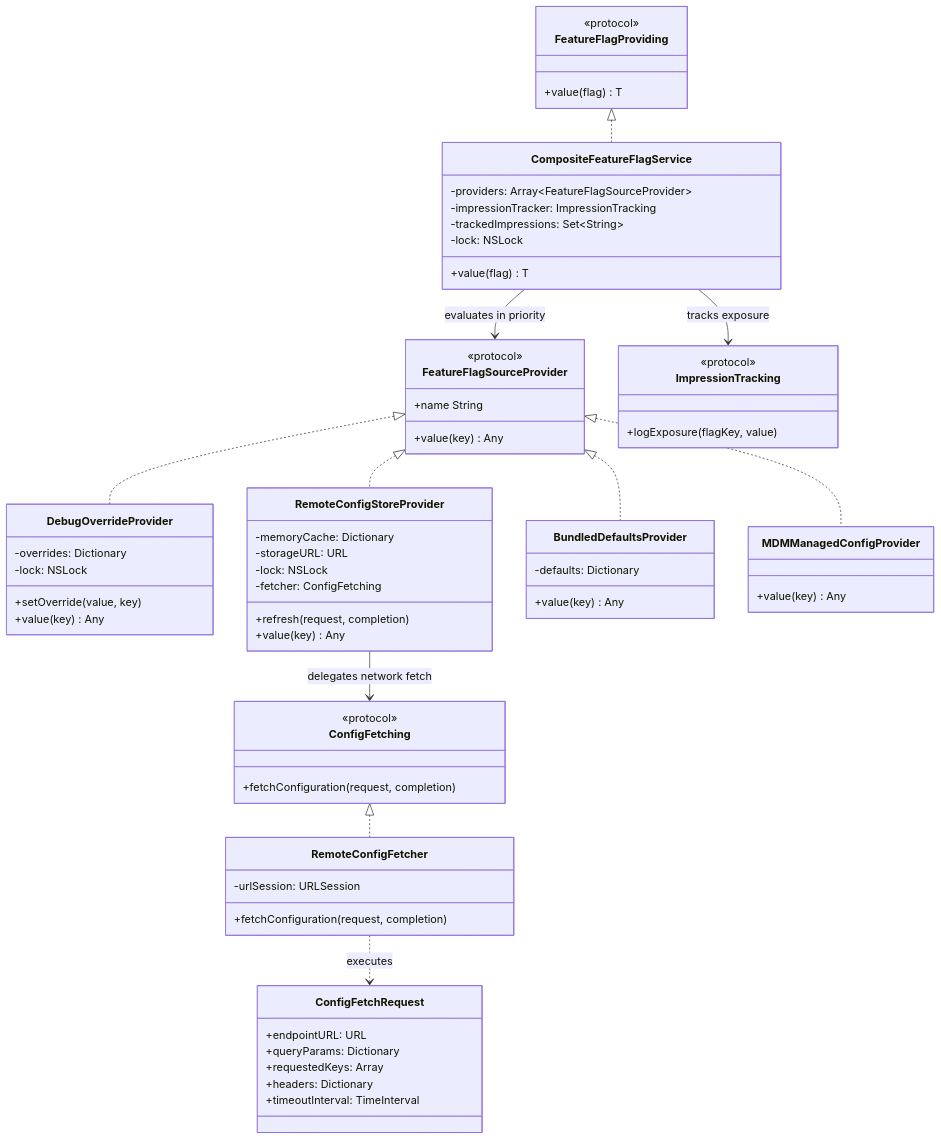
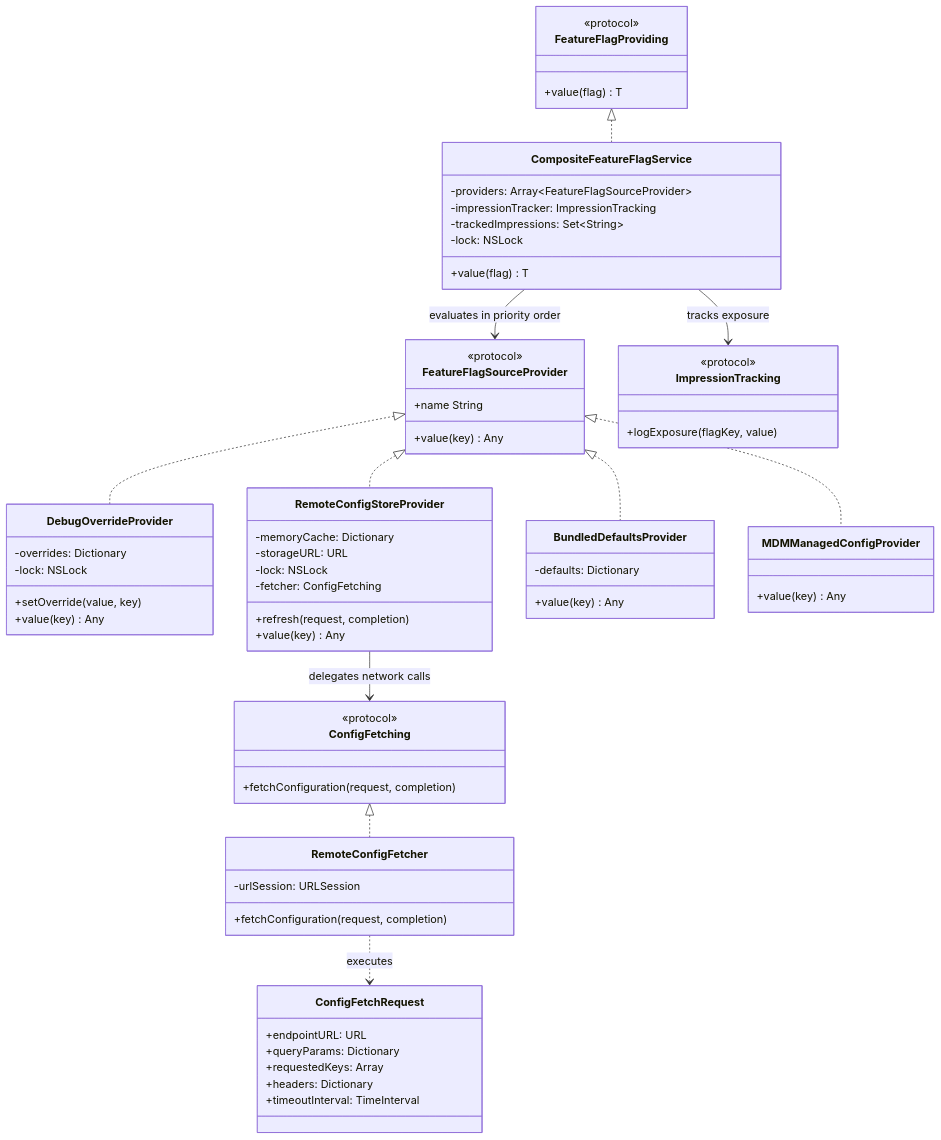
Before and after one commit to therahulgoel/ios-system-design: the diagram in docs/feature-flag-system.md, drawn with Mermaid. The commit also changed other lines of this file, not shown here.

Commit message:
docs: overhaul Feature Flag SDK with realistic interview whiteboard canvas and distinct HLD vs LLD sections

````diff
--- a/docs/feature-flag-system.md
+++ b/docs/feature-flag-system.md
@@ -154,80 +122,80 @@
 ```mermaid
 classDiagram
     class FeatureFlagProviding {
         <<protocol>>
         +value(flag) T
     }
 
     class FeatureFlagSourceProvider {
         <<protocol>>
         +name String
         +value(key) Any
     }
 
     class ImpressionTracking {
         <<protocol>>
         +logExposure(flagKey, value)
     }
 
     class ConfigFetching {
         <<protocol>>
         +fetchConfiguration(request, completion)
     }
 
     class CompositeFeatureFlagService {
         -providers: Array~FeatureFlagSourceProvider~
         -impressionTracker: ImpressionTracking
         -trackedImpressions: Set~String~
         -lock: NSLock
         +value(flag) T
     }
 
     class ConfigFetchRequest {
         +endpointURL: URL
         +queryParams: Dictionary
         +requestedKeys: Array
         +headers: Dictionary
         +timeoutInterval: TimeInterval
     }
 
     class RemoteConfigFetcher {
         -urlSession: URLSession
         +fetchConfiguration(request, completion)
     }
 
     class DebugOverrideProvider {
         -overrides: Dictionary
         -lock: NSLock
         +setOverride(value, key)
         +value(key) Any
     }
 
     class RemoteConfigStoreProvider {
         -memoryCache: Dictionary
         -storageURL: URL
         -lock: NSLock
         -fetcher: ConfigFetching
         +refresh(request, completion)
         +value(key) Any
     }
 
     class BundledDefaultsProvider {
         -defaults: Dictionary
         +value(key) Any
     }
 
     class MDMManagedConfigProvider {
         +value(key) Any
     }
 
     FeatureFlagProviding <|.. CompositeFeatureFlagService
-    CompositeFeatureFlagService --> FeatureFlagSourceProvider : evaluates in priority
+    CompositeFeatureFlagService --> FeatureFlagSourceProvider : evaluates in priority order
     CompositeFeatureFlagService --> ImpressionTracking : tracks exposure
     FeatureFlagSourceProvider <|.. DebugOverrideProvider
     FeatureFlagSourceProvider <|.. RemoteConfigStoreProvider
     FeatureFlagSourceProvider <|.. BundledDefaultsProvider
     FeatureFlagSourceProvider <|.. MDMManagedConfigProvider
-    RemoteConfigStoreProvider --> ConfigFetching : delegates network fetch
+    RemoteConfigStoreProvider --> ConfigFetching : delegates network calls
     ConfigFetching <|.. RemoteConfigFetcher
     RemoteConfigFetcher ..> ConfigFetchRequest : executes
 ```
````
